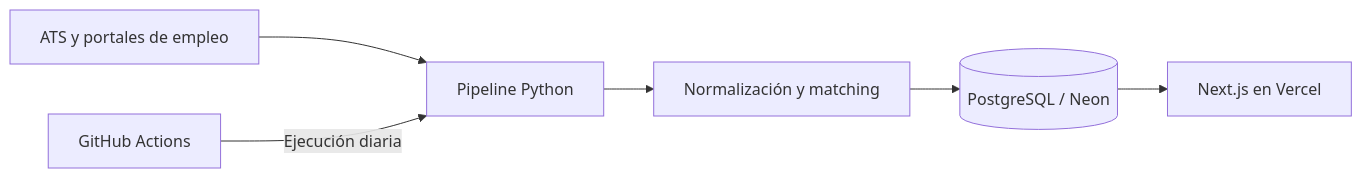
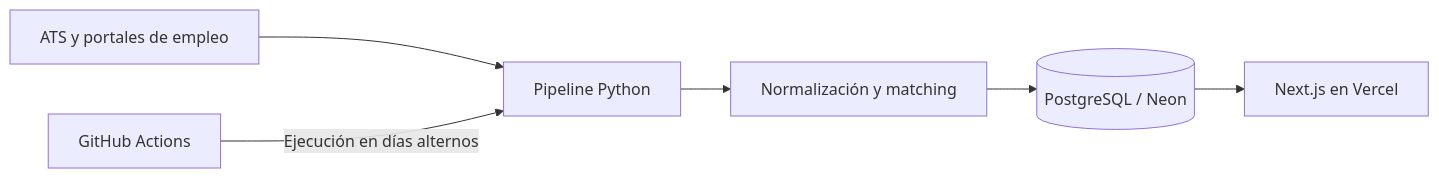
The diagram in README.md (jorgearcenic7/job-radar), drawn with Mermaid before and after one commit. The commit also changed other lines of this file and 2 other files, not shown here.

````diff
--- a/README.md
+++ b/README.md
@@ -33,8 +34,8 @@
 ```mermaid
 flowchart LR
     A[ATS y portales de empleo] --> B[Pipeline Python]
     B --> C[Normalización y matching]
     C --> D[(PostgreSQL / Neon)]
     D --> E[Next.js en Vercel]
-    F[GitHub Actions] -->|Ejecución diaria| B
+    F[GitHub Actions] -->|Ejecución en días alternos| B
 ```
````
